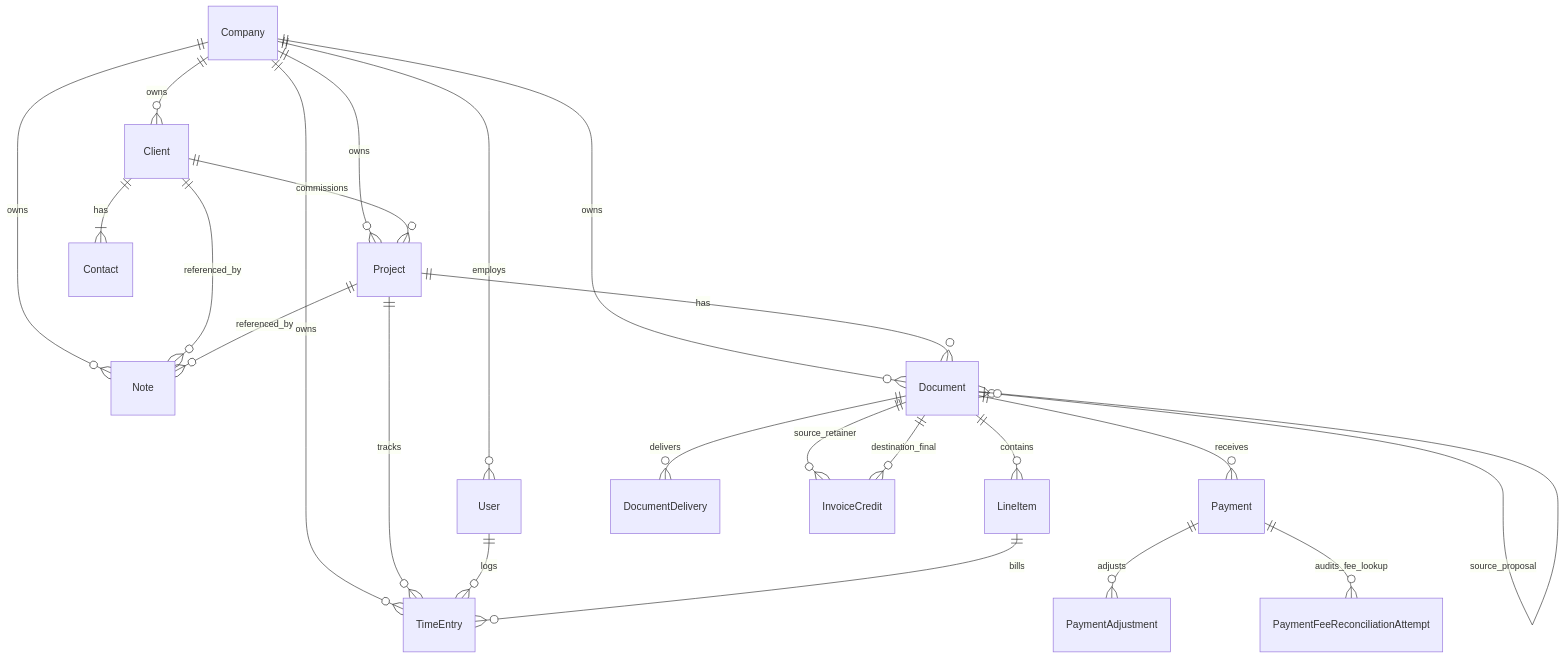
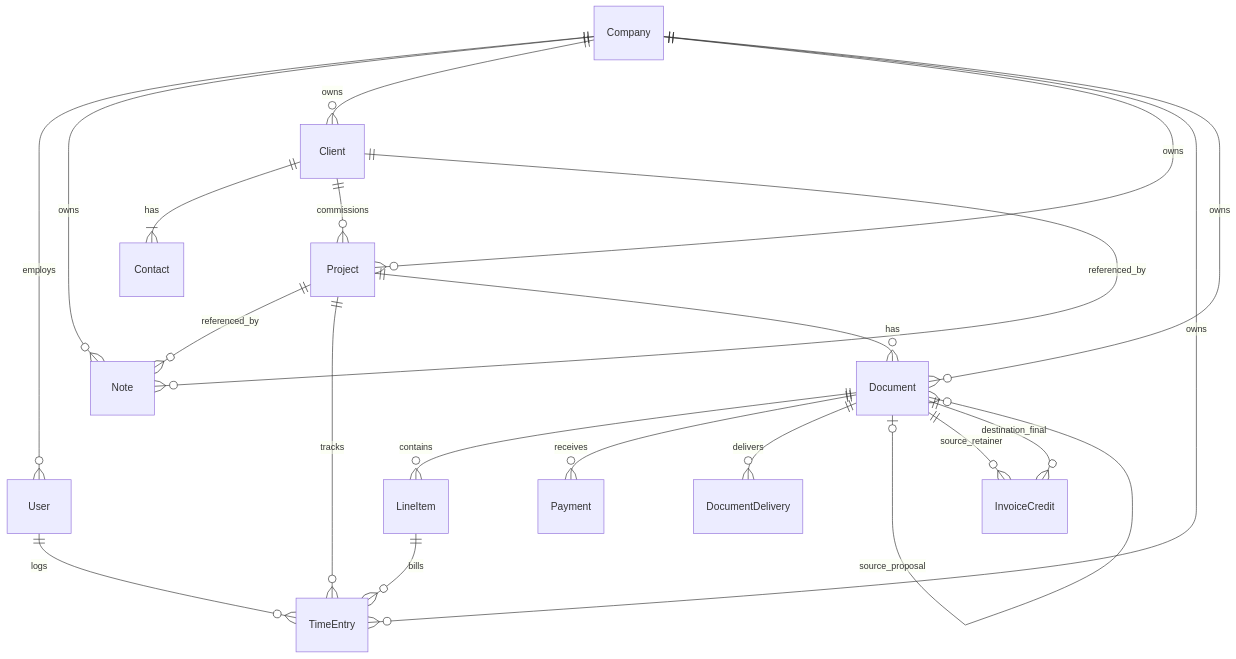
One commit to mprovost129/ez360pm changed the diagram in docs/DATA_MODEL.md. Above: the diagram before and after it, drawn with Mermaid. The commit also changed other lines of this file and 92 other files, not shown here.

````diff
--- a/docs/DATA_MODEL.md
+++ b/docs/DATA_MODEL.md
@@ -8,28 +8,26 @@
 ```mermaid
 erDiagram
     Company ||--o{ User : employs
     Company ||--o{ Note : owns
     Company ||--o{ Client : owns
     Company ||--o{ Project : owns
     Company ||--o{ TimeEntry : owns
     Company ||--o{ Document : owns
 
     Client ||--|{ Contact : has
     Client ||--o{ Project : commissions
     Client ||--o{ Note : referenced_by
     Project ||--o{ Note : referenced_by
     Project ||--o{ TimeEntry : tracks
     User ||--o{ TimeEntry : logs
 
     Project ||--o{ Document : has
     Document ||--o{ LineItem : contains
     Document ||--o{ Payment : receives
-    Payment ||--o{ PaymentAdjustment : adjusts
-    Payment ||--o{ PaymentFeeReconciliationAttempt : audits_fee_lookup
     Document ||--o{ DocumentDelivery : delivers
     LineItem ||--o{ TimeEntry : bills
 
     Document o|--o{ Document : source_proposal
     Document ||--o{ InvoiceCredit : source_retainer
     Document ||--o{ InvoiceCredit : destination_final
 ```
````
